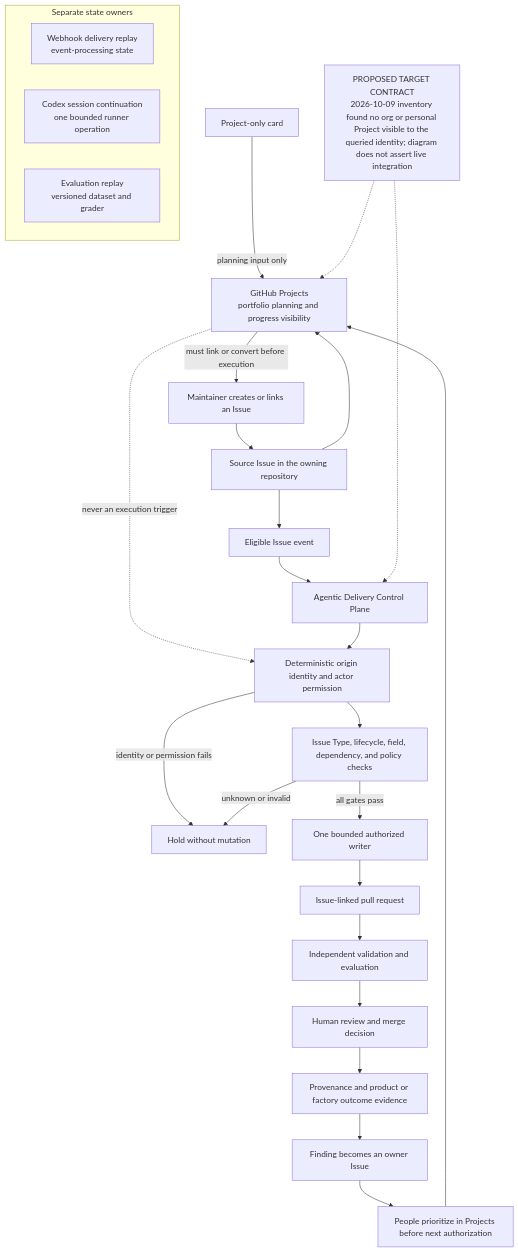
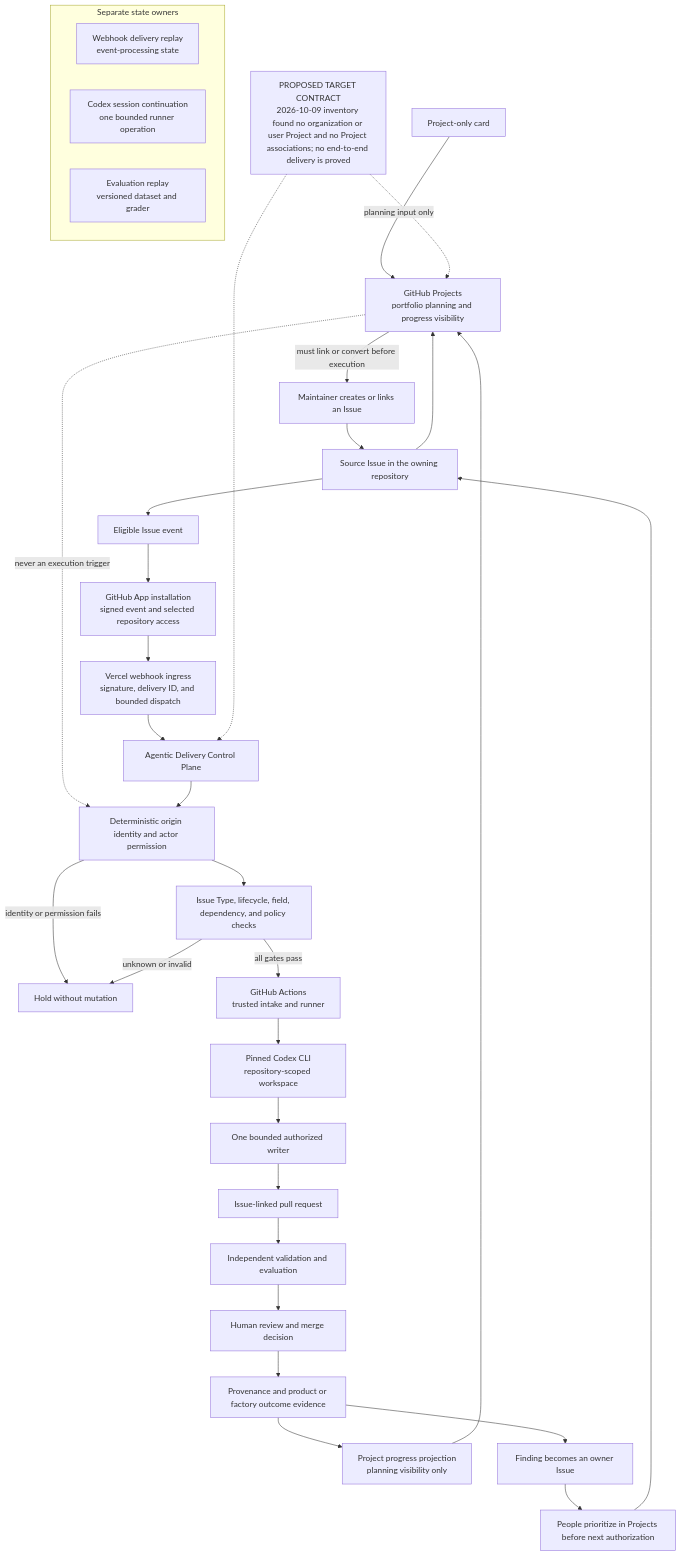
One commit to agentic-delivery-lab/agentic-delivery-architecture changed the diagram in architecture/diagrams/mermaid/project-issue-lifecycle.mmd. Above: the diagram before and after it, drawn with Mermaid. The commit also changed 32 other files, not shown here.

Commit message:
feat(architecture): ✨ add traceable strategy and evaluation contract v2

```diff
--- a/architecture/diagrams/mermaid/project-issue-lifecycle.mmd
+++ b/architecture/diagrams/mermaid/project-issue-lifecycle.mmd
@@ -1,37 +1,43 @@
 flowchart TD
-  STATUS["PROPOSED TARGET CONTRACT<br/>2026-10-09 inventory found no org or personal Project visible to the queried identity; diagram does not assert live integration"]
+  STATUS["PROPOSED TARGET CONTRACT<br/>2026-10-09 inventory found no organization or user Project and no Project associations; no end-to-end delivery is proved"]
   PROJECT["GitHub Projects<br/>portfolio planning and progress visibility"]
   CARD["Project-only card"]
   HUMAN["Maintainer creates or links an Issue"]
   ISSUE["Source Issue in the owning repository"]
   EVENT["Eligible Issue event"]
+  APP["GitHub App installation<br/>signed event and selected repository access"]
+  INGRESS["Vercel webhook ingress<br/>signature, delivery ID, and bounded dispatch"]
   CONTROL["Agentic Delivery Control Plane"]
   IDENTITY["Deterministic origin identity and actor permission"]
   CONTRACT["Issue Type, lifecycle, field, dependency, and policy checks"]
   HOLD["Hold without mutation"]
   WRITER["One bounded authorized writer"]
+  ACTIONS["GitHub Actions<br/>trusted intake and runner"]
+  CODEX["Pinned Codex CLI<br/>repository-scoped workspace"]
   PR["Issue-linked pull request"]
   REVIEW["Independent validation and evaluation"]
   MERGE["Human review and merge decision"]
   EVIDENCE["Provenance and product or factory outcome evidence"]
+  PROGRESS["Project progress projection<br/>planning visibility only"]
   FINDING["Finding becomes an owner Issue"]
   LOOP["People prioritize in Projects before next authorization"]
 
   CARD -->|"planning input only"| PROJECT
   PROJECT -->|"must link or convert before execution"| HUMAN
   HUMAN --> ISSUE
   ISSUE --> PROJECT
   PROJECT -. "never an execution trigger" .-> IDENTITY
-  ISSUE --> EVENT --> CONTROL --> IDENTITY --> CONTRACT
+  ISSUE --> EVENT --> APP --> INGRESS --> CONTROL --> IDENTITY --> CONTRACT
   IDENTITY -->|"identity or permission fails"| HOLD
   CONTRACT -->|"unknown or invalid"| HOLD
-  CONTRACT -->|"all gates pass"| WRITER --> PR --> REVIEW --> MERGE --> EVIDENCE
-  EVIDENCE --> FINDING --> LOOP --> PROJECT
+  CONTRACT -->|"all gates pass"| ACTIONS --> CODEX --> WRITER --> PR --> REVIEW --> MERGE --> EVIDENCE
+  EVIDENCE --> PROGRESS --> PROJECT
+  EVIDENCE --> FINDING --> LOOP --> ISSUE
 
   subgraph REPLAY["Separate state owners"]
     WEBHOOK["Webhook delivery replay<br/>event-processing state"]
     SESSION["Codex session continuation<br/>one bounded runner operation"]
     EVALUATION["Evaluation replay<br/>versioned dataset and grader"]
   end
   STATUS -.-> PROJECT
   STATUS -.-> CONTROL
```
